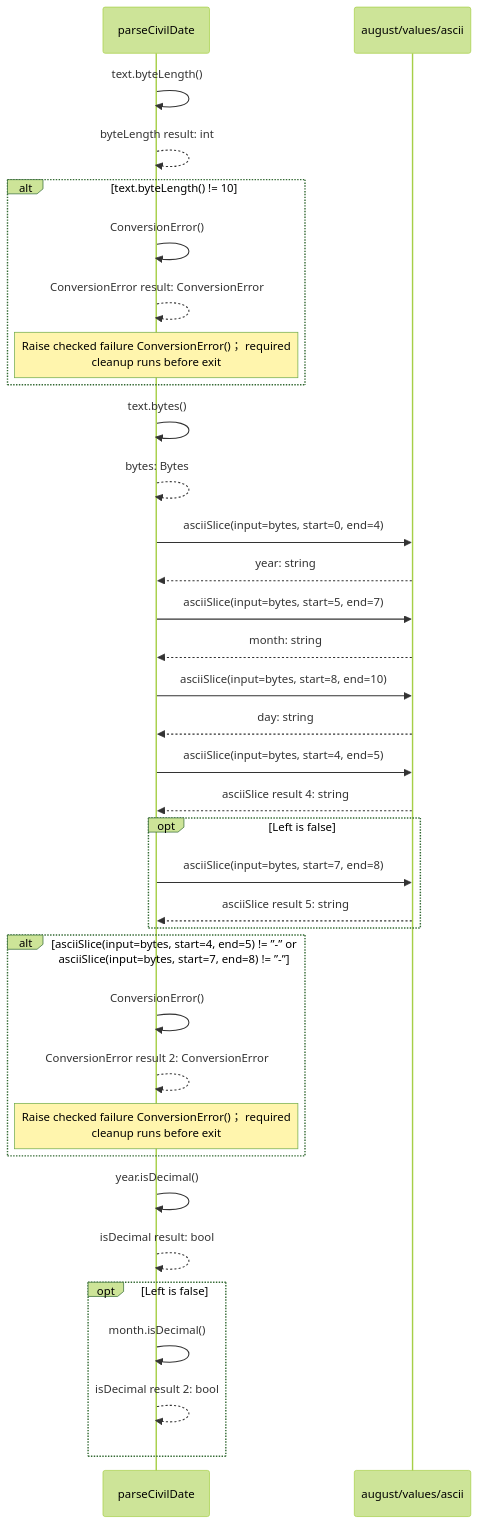
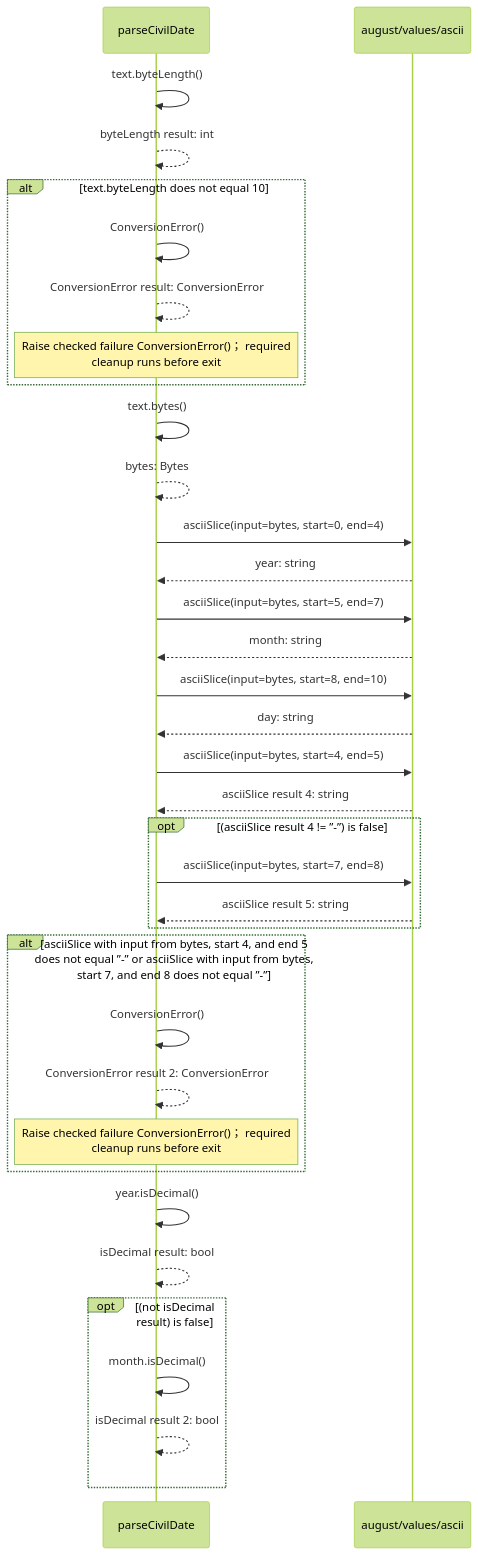
One commit to GreenPandaStudios/augscript changed the fourth of 8 diagrams in src/stdlib/values/dates.aug.diagrams.md. Above: the diagram before and after it, drawn with Mermaid (forest theme). The commit also changed other lines of this file and 658 other files, not shown here.

````diff
--- a/src/stdlib/values/dates.aug.diagrams.md
+++ b/src/stdlib/values/dates.aug.diagrams.md
@@ -77,37 +93,37 @@
 ```mermaid
 sequenceDiagram
     participant p0 as parseCivilDate
     participant p1 as august/values/ascii
     p0->>p0: text.byteLength()
     p0-->>p0: byteLength result: int
-    alt text.byteLength() != 10
+    alt text.byteLength does not equal 10
     p0->>p0: ConversionError()
     p0-->>p0: ConversionError result: ConversionError
     Note over p0: Raise checked failure ConversionError()； required<br/>cleanup runs before exit
     end
     p0->>p0: text.bytes()
     p0-->>p0: bytes: Bytes
     p0->>p1: asciiSlice(input=bytes, start=0, end=4)
     p1-->>p0: year: string
     p0->>p1: asciiSlice(input=bytes, start=5, end=7)
     p1-->>p0: month: string
     p0->>p1: asciiSlice(input=bytes, start=8, end=10)
     p1-->>p0: day: string
     p0->>p1: asciiSlice(input=bytes, start=4, end=5)
     p1-->>p0: asciiSlice result 4: string
-    opt Left is false
+    opt (asciiSlice result 4 != ”-”) is false
     p0->>p1: asciiSlice(input=bytes, start=7, end=8)
     p1-->>p0: asciiSlice result 5: string
     end
-    alt asciiSlice(input=bytes, start=4, end=5) != ”-” or asciiSlice(input=bytes, start=7, end=8) != ”-”
+    alt asciiSlice with input from bytes, start 4, and end 5<br/>does not equal ”-” or asciiSlice with input from bytes,<br/>start 7, and end 8 does not equal ”-”
     p0->>p0: ConversionError()
     p0-->>p0: ConversionError result 2: ConversionError
     Note over p0: Raise checked failure ConversionError()； required<br/>cleanup runs before exit
     end
     p0->>p0: year.isDecimal()
     p0-->>p0: isDecimal result: bool
-    opt Left is false
+    opt (not isDecimal result) is false
     p0->>p0: month.isDecimal()
     p0-->>p0: isDecimal result 2: bool
     end
 ```
````
